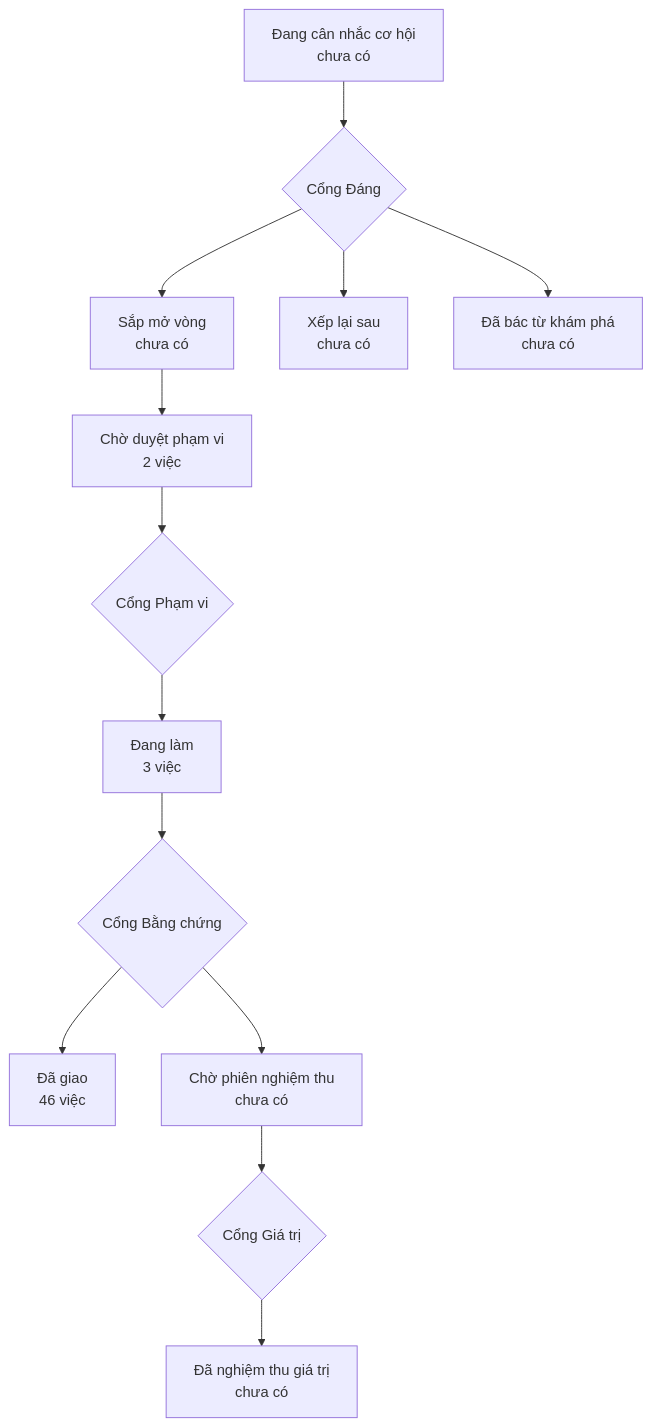
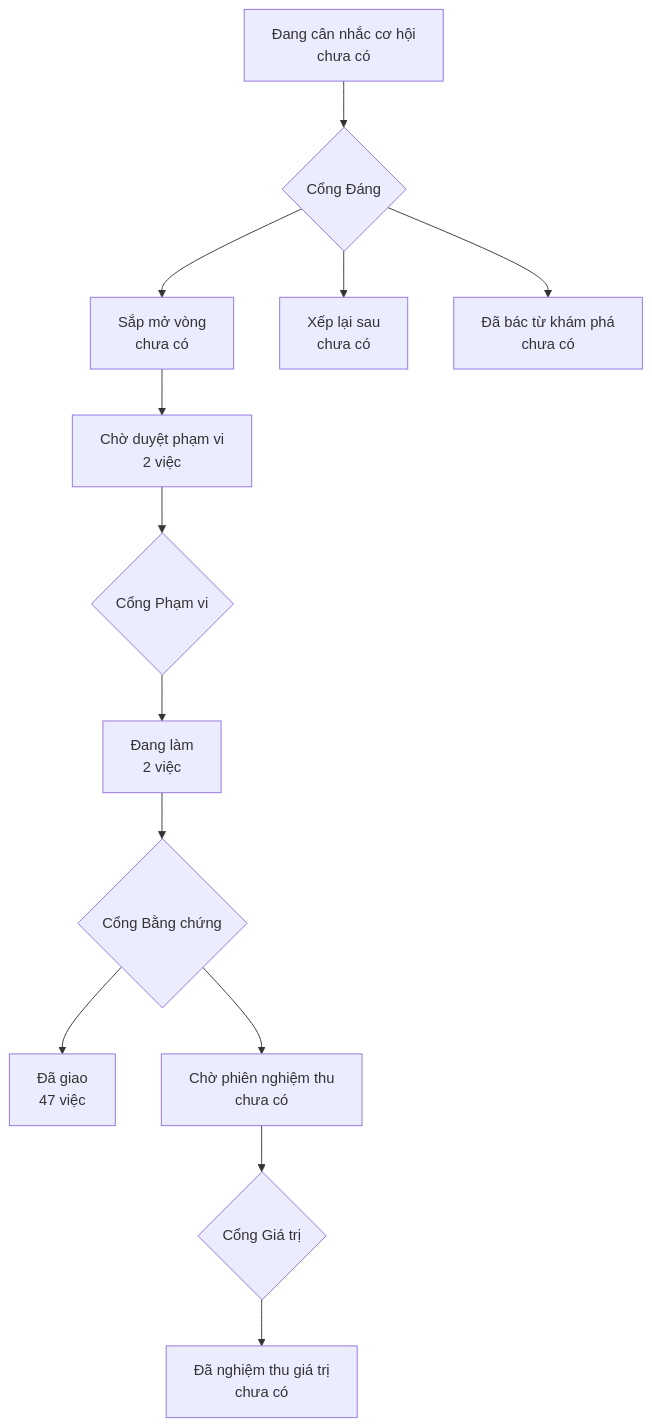
The diagram in PRODUCT-MAP.md (phanlemanh/acceptance-gate-kit), drawn with Mermaid before and after one commit. The commit also changed 3 other files, not shown here.

````diff
--- a/PRODUCT-MAP.md
+++ b/PRODUCT-MAP.md
@@ -6,12 +6,12 @@
 ```mermaid
 flowchart TD
   A["Đang cân nhắc cơ hội<br/>chưa có"] --> GD{"Cổng Đáng"}
   GD --> B["Sắp mở vòng<br/>chưa có"]
   GD --> XL["Xếp lại sau<br/>chưa có"]
   GD --> DB["Đã bác từ khám phá<br/>chưa có"]
   B --> CD["Chờ duyệt phạm vi<br/>2 việc"] --> GP{"Cổng Phạm vi"}
-  GP --> DL["Đang làm<br/>3 việc"] --> GB{"Cổng Bằng chứng"}
-  GB --> DG["Đã giao<br/>46 việc"]
+  GP --> DL["Đang làm<br/>2 việc"] --> GB{"Cổng Bằng chứng"}
+  GB --> DG["Đã giao<br/>47 việc"]
   GB --> CN["Chờ phiên nghiệm thu<br/>chưa có"] --> GG{"Cổng Giá trị"}
   GG --> NT["Đã nghiệm thu giá trị<br/>chưa có"]
 ```
````
